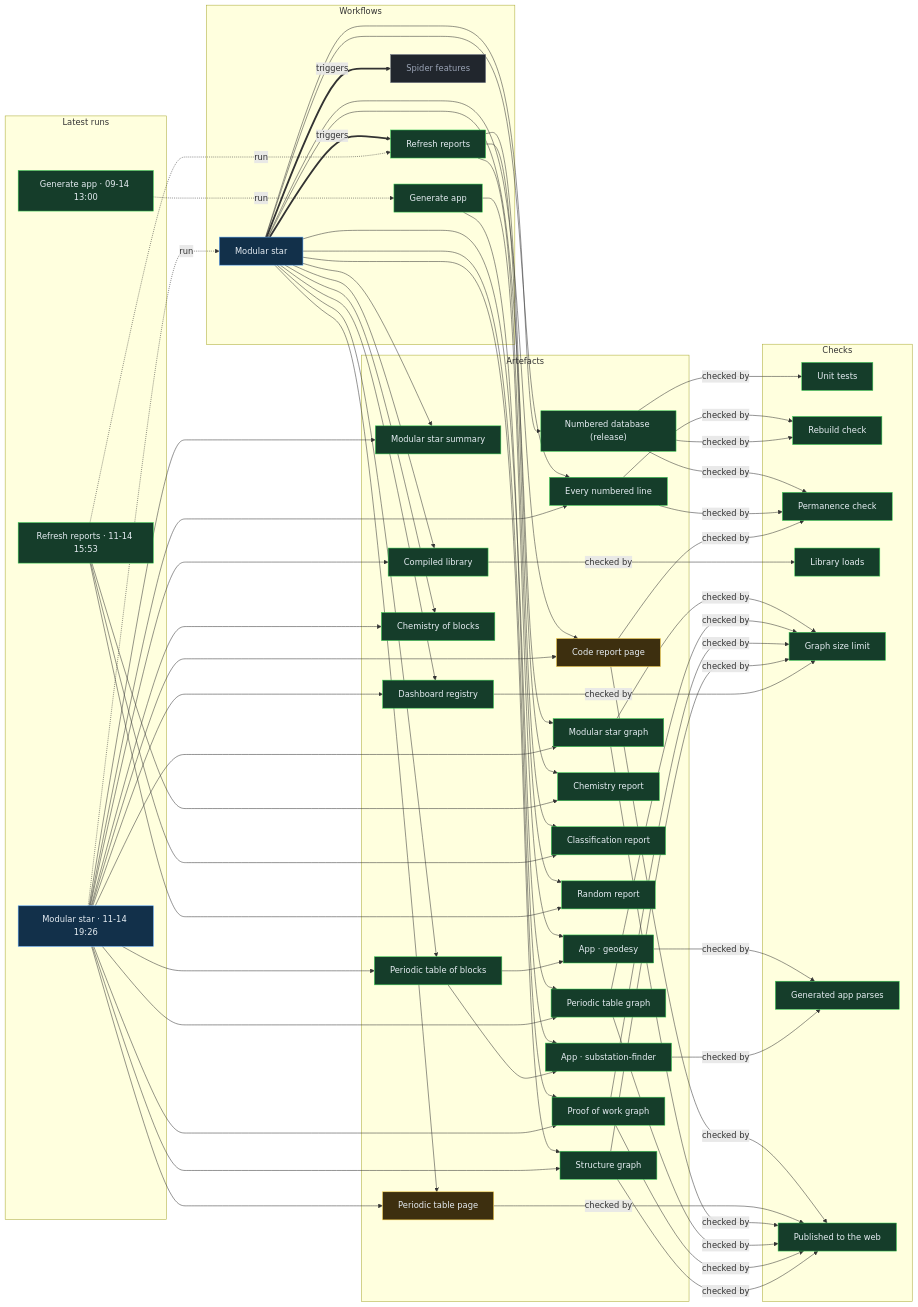
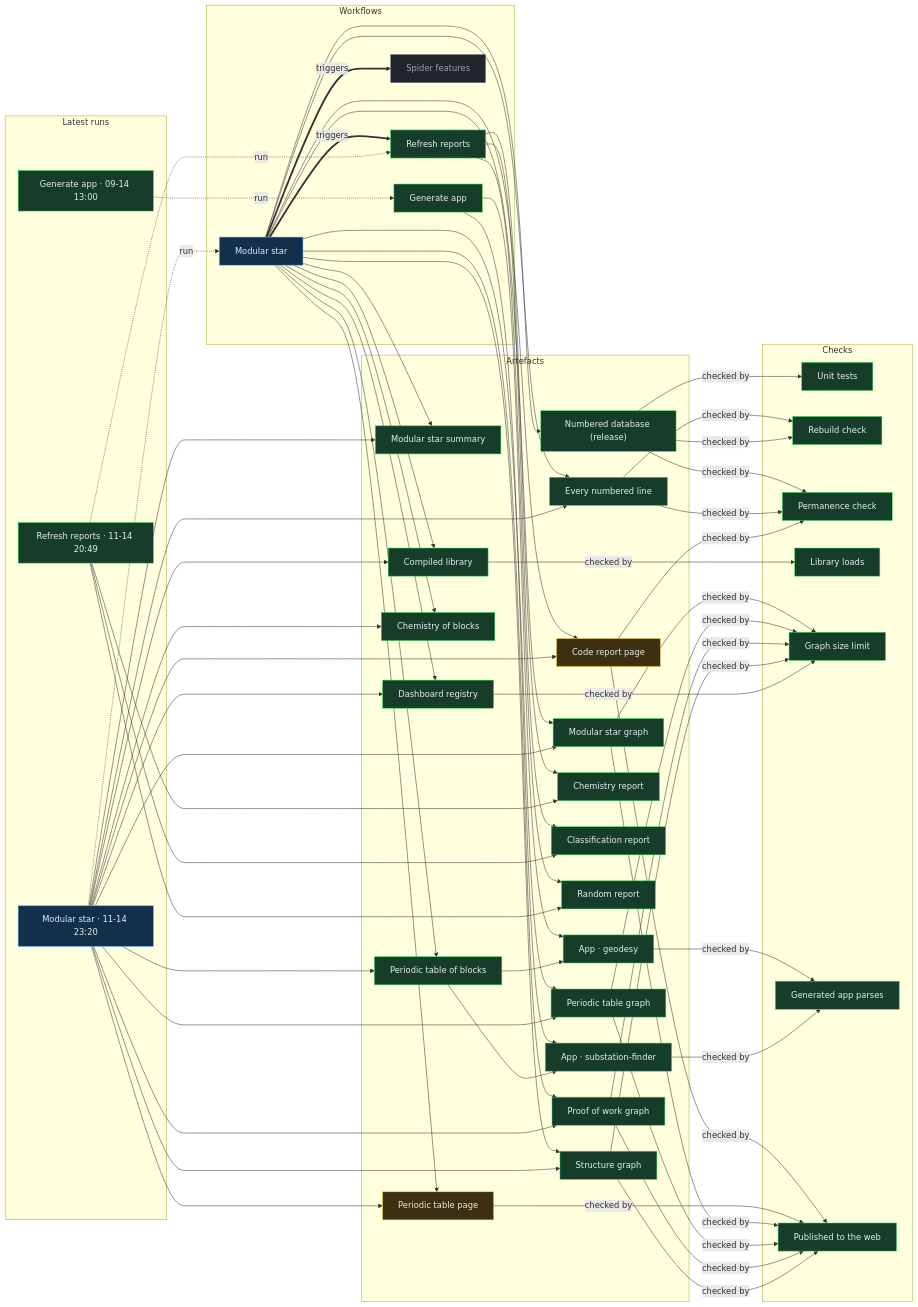
The diagram in proof/PROOF.md (Ventusltd/stars), drawn with Mermaid before and after one commit. The commit also changed other lines of this file and 49 other files, not shown here.

Commit message:
Modular star 2026-11-14T23:22Z

```diff
--- a/proof/PROOF.md
+++ b/proof/PROOF.md
@@ -24,8 +24,8 @@
   n_wf_spider_features["Spider features"]:::off
   end
   subgraph g_runs["Latest runs"]
-  n_run_43632141764["Modular star · 11-14 19:26"]:::live
-  n_run_43612625799["Refresh reports · 11-14 15:53"]:::ok
+  n_run_43652724548["Modular star · 11-14 23:20"]:::live
+  n_run_43639484067["Refresh reports · 11-14 20:49"]:::ok
   n_run_34846587798["Generate app · 09-14 13:00"]:::ok
   end
   subgraph g_artefacts["Artefacts"]
@@ -59,39 +59,39 @@
   end
   n_wf_modular_star == triggers ==> n_wf_refresh
   n_wf_modular_star == triggers ==> n_wf_spider_features
-  n_run_43632141764 -. run .-> n_wf_modular_star
-  n_run_43612625799 -. run .-> n_wf_refresh
+  n_run_43652724548 -. run .-> n_wf_modular_star
+  n_run_43639484067 -. run .-> n_wf_refresh
   n_run_34846587798 -. run .-> n_wf_generate
   n_wf_modular_star --> n_art_summary
-  n_run_43632141764 --> n_art_summary
+  n_run_43652724548 --> n_art_summary
   n_wf_modular_star --> n_art_lines
-  n_run_43632141764 --> n_art_lines
+  n_run_43652724548 --> n_art_lines
   n_wf_modular_star --> n_art_code
-  n_run_43632141764 --> n_art_code
+  n_run_43652724548 --> n_art_code
   n_wf_modular_star --> n_art_modular_graph
-  n_run_43632141764 --> n_art_modular_graph
+  n_run_43652724548 --> n_art_modular_graph
   n_wf_modular_star --> n_art_blocks
-  n_run_43632141764 --> n_art_blocks
+  n_run_43652724548 --> n_art_blocks
   n_wf_modular_star --> n_art_table
-  n_run_43632141764 --> n_art_table
+  n_run_43652724548 --> n_art_table
   n_wf_modular_star --> n_art_blocks_graph
-  n_run_43632141764 --> n_art_blocks_graph
+  n_run_43652724548 --> n_art_blocks_graph
   n_wf_modular_star --> n_art_reactions
-  n_run_43632141764 --> n_art_reactions
+  n_run_43652724548 --> n_art_reactions
   n_wf_modular_star --> n_art_library
-  n_run_43632141764 --> n_art_library
+  n_run_43652724548 --> n_art_library
   n_wf_modular_star --> n_art_features
-  n_run_43632141764 --> n_art_features
+  n_run_43652724548 --> n_art_features
   n_wf_modular_star --> n_art_proof
-  n_run_43632141764 --> n_art_proof
+  n_run_43652724548 --> n_art_proof
   n_wf_modular_star --> n_art_structure
-  n_run_43632141764 --> n_art_structure
+  n_run_43652724548 --> n_art_structure
   n_wf_refresh --> n_art_chemistry
-  n_run_43612625799 --> n_art_chemistry
+  n_run_43639484067 --> n_art_chemistry
   n_wf_refresh --> n_art_vedic
-  n_run_43612625799 --> n_art_vedic
+  n_run_43639484067 --> n_art_vedic
   n_wf_refresh --> n_art_random
-  n_run_43612625799 --> n_art_random
+  n_run_43639484067 --> n_art_random
   n_wf_modular_star --> n_art_release
   n_wf_generate --> n_app_geodesy
   n_art_blocks --> n_app_geodesy
```
